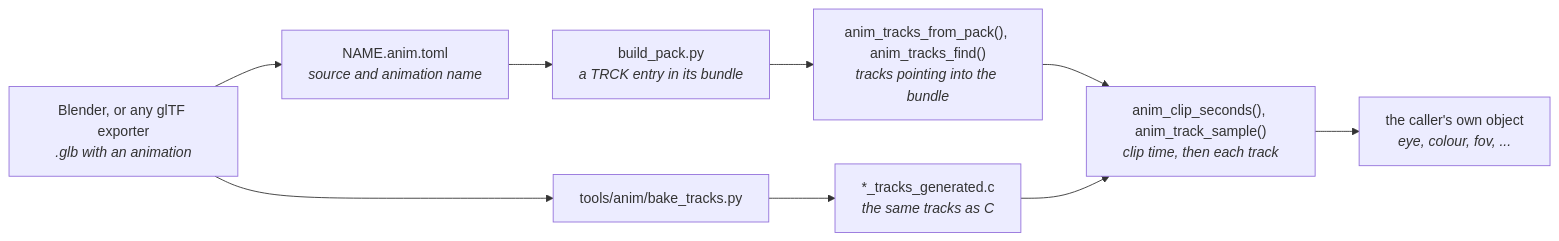
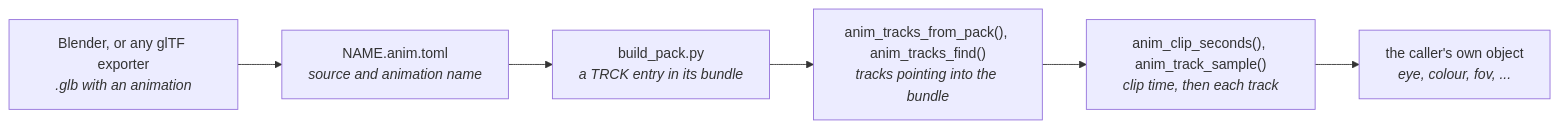
One commit to jose-villegas/autana changed the diagram in docs/Animation-Tracks.md. Above: the diagram before and after it, drawn with Mermaid. The commit also changed other lines of this file and 8 other files, not shown here.

````diff
--- a/docs/Animation-Tracks.md
+++ b/docs/Animation-Tracks.md
@@ -13,11 +13,8 @@
 ```mermaid
 flowchart LR
     Author["Blender, or any glTF exporter<br/><i>.glb with an animation</i>"] --> Anim["NAME.anim.toml<br/><i>source and animation name</i>"]
     Anim --> Pack["build_pack.py<br/><i>a TRCK entry in its bundle</i>"]
     Pack --> Open["anim_tracks_from_pack(), anim_tracks_find()<br/><i>tracks pointing into the bundle</i>"]
-    Author --> Bake["tools/anim/bake_tracks.py"]
-    Bake --> C["*_tracks_generated.c<br/><i>the same tracks as C</i>"]
     Open --> Sample["anim_clip_seconds(), anim_track_sample()<br/><i>clip time, then each track</i>"]
-    C --> Sample
     Sample --> Caller["the caller's own object<br/><i>eye, colour, fov, ...</i>"]
 ```
````
